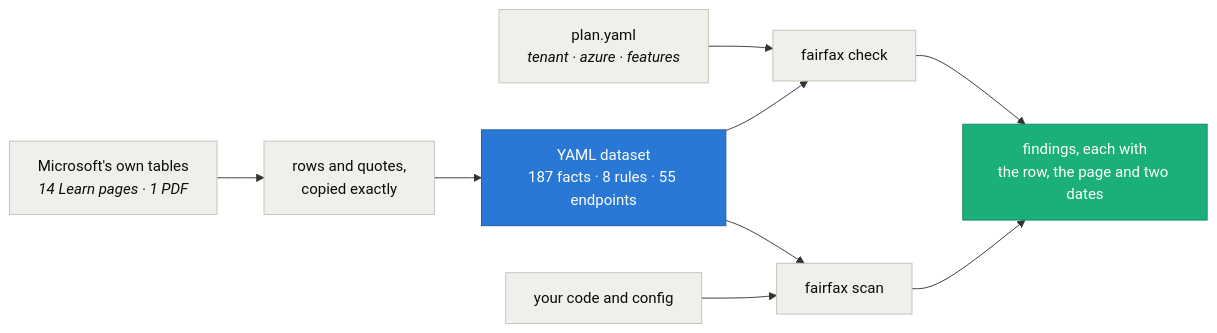
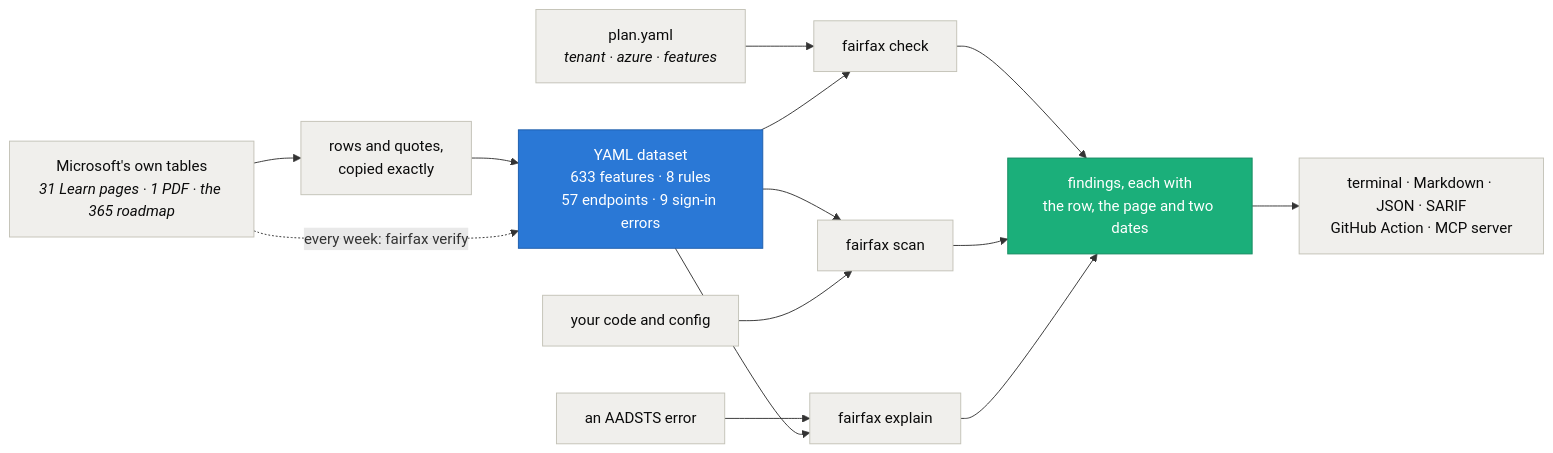
One commit to actions-marketplace-validations/intikhab49_fairfax changed the diagram in README.md. Above: the diagram before and after it, drawn with Mermaid. The commit also changed other lines of this file and 71 other files, not shown here.

````diff
--- a/README.md
+++ b/README.md
@@ -154,20 +276,28 @@
 ```mermaid
 flowchart LR
-    MS["Microsoft's own tables<br/><i>14 Learn pages · 1 PDF</i>"] --> ROWS["rows and quotes,<br/>copied exactly"]
-    ROWS --> DATA["YAML dataset<br/>187 facts · 8 rules · 55 endpoints"]
+    MS["Microsoft's own tables<br/><i>31 Learn pages · 1 PDF · the 365 roadmap</i>"] --> ROWS["rows and quotes,<br/>copied exactly"]
+    ROWS --> DATA["YAML dataset<br/>633 features · 8 rules<br/>57 endpoints · 9 sign-in errors"]
     PLAN["plan.yaml<br/><i>tenant · azure · features</i>"] --> CHECK["fairfax check"]
     DATA --> CHECK
     DATA --> SCAN["fairfax scan"]
     CODE["your code and config"] --> SCAN
+    ERR["an AADSTS error"] --> EXPLAIN["fairfax explain"]
+    DATA --> EXPLAIN
     CHECK --> OUT["findings, each with<br/>the row, the page and two dates"]
     SCAN --> OUT
+    EXPLAIN --> OUT
+    OUT --> WHERE["terminal · Markdown · JSON · SARIF<br/>GitHub Action · MCP server"]
+    MS -. "every week: fairfax verify" .-> DATA
 
     style DATA fill:#2a78d6,stroke:#1c5cab,color:#fff
     style OUT fill:#1baf7a,stroke:#158a60,color:#fff
     style MS fill:#f0efec,stroke:#c3c2b7,color:#0b0b0b
     style ROWS fill:#f0efec,stroke:#c3c2b7,color:#0b0b0b
     style PLAN fill:#f0efec,stroke:#c3c2b7,color:#0b0b0b
     style CODE fill:#f0efec,stroke:#c3c2b7,color:#0b0b0b
+    style ERR fill:#f0efec,stroke:#c3c2b7,color:#0b0b0b
     style CHECK fill:#f0efec,stroke:#c3c2b7,color:#0b0b0b
     style SCAN fill:#f0efec,stroke:#c3c2b7,color:#0b0b0b
+    style EXPLAIN fill:#f0efec,stroke:#c3c2b7,color:#0b0b0b
+    style WHERE fill:#f0efec,stroke:#c3c2b7,color:#0b0b0b
 ```
````
